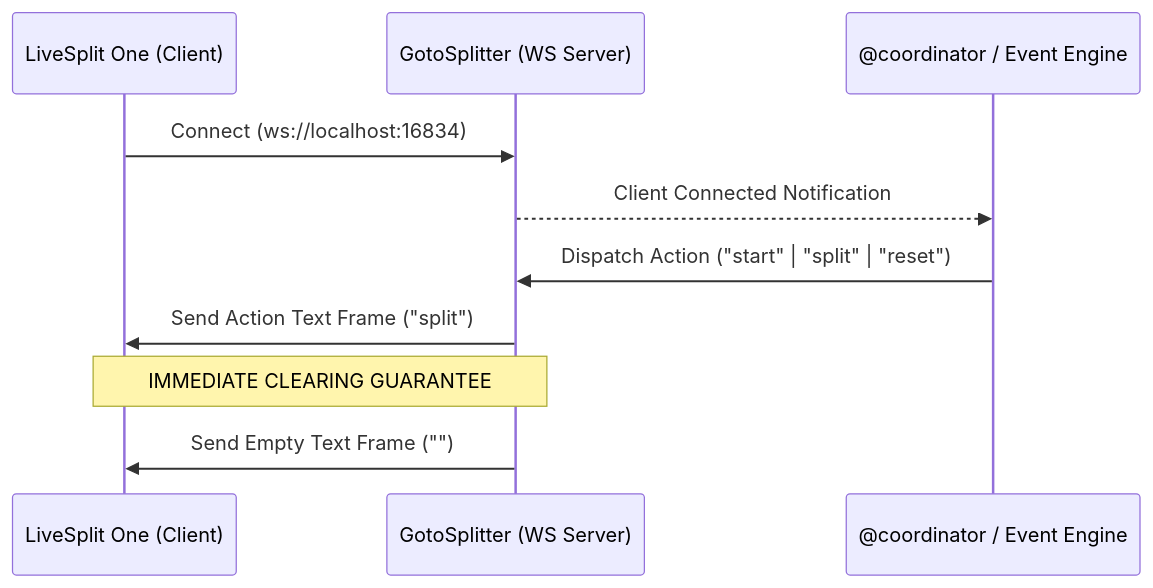
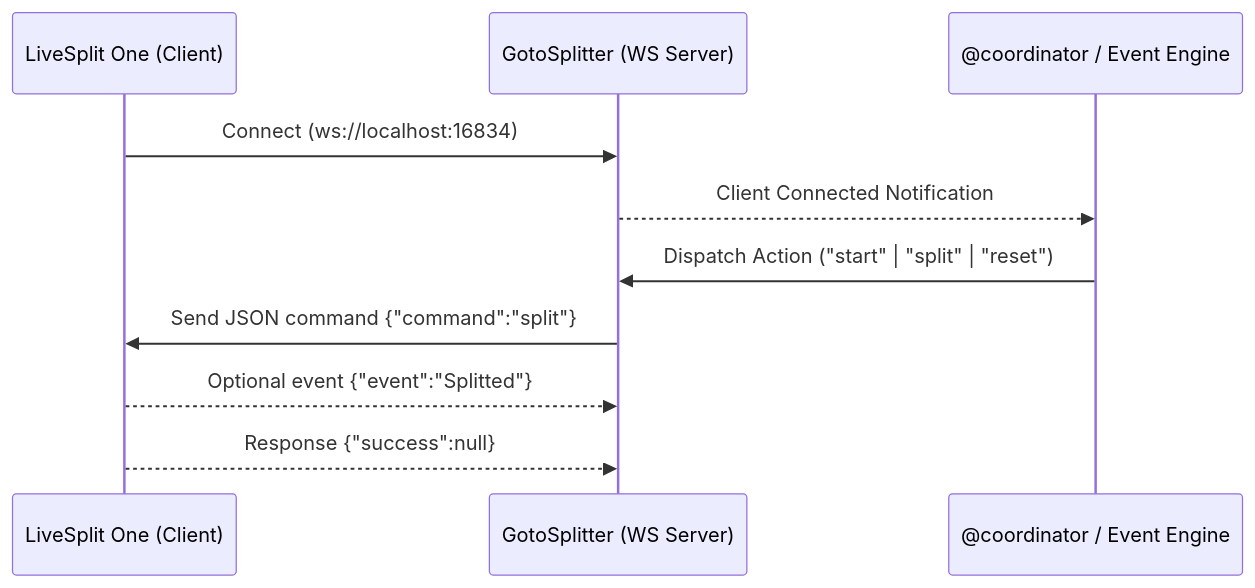
The diagram in .agents/skills/websocket_server/SKILL.md (ChTPwner/gotosplitter), drawn with Mermaid before and after one commit. The commit also changed other lines of this file and 26 other files, not shown here.

````diff
--- a/.agents/skills/websocket_server/SKILL.md
+++ b/.agents/skills/websocket_server/SKILL.md
@@ -23,13 +23,13 @@
 ```mermaid
 sequenceDiagram
     participant LS as LiveSplit One (Client)
     participant GS as GotoSplitter (WS Server)
     participant C as @coordinator / Event Engine
 
     LS->>GS: Connect (ws://localhost:16834)
     GS-->>C: Client Connected Notification
     C->>GS: Dispatch Action ("start" | "split" | "reset")
-    GS->>LS: Send Action Text Frame ("split")
-    Note over GS,LS: IMMEDIATE CLEARING GUARANTEE
-    GS->>LS: Send Empty Text Frame ("")
+    GS->>LS: Send JSON command {"command":"split"}
+    LS-->>GS: Optional event {"event":"Splitted"}
+    LS-->>GS: Response {"success":null}
 ```
````
